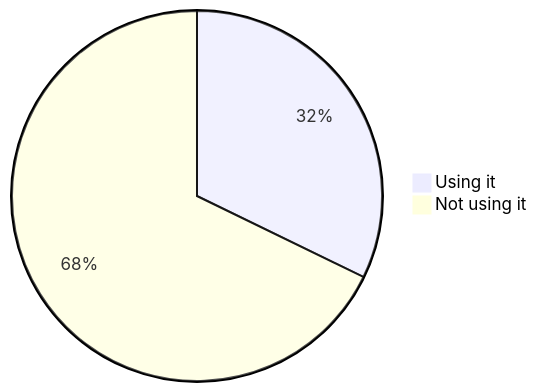
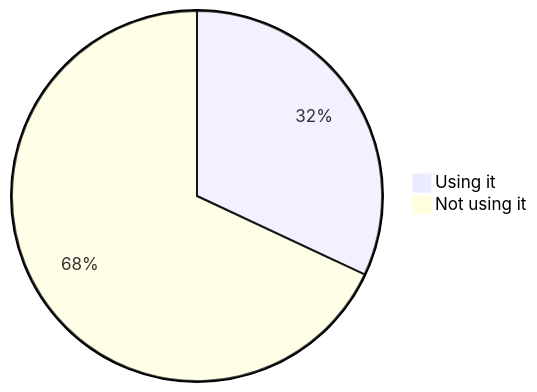
Before and after one commit to oshp/oshp-stats: diagram 15 of 22 in stats.md, drawn with Mermaid. The commit also changed other lines of this file, not shown here.

````diff
--- a/stats.md
+++ b/stats.md
@@ -178,6 +178,6 @@
 ```mermaid
 pie
-	"Using it" : 32.2
-	"Not using it" : 67.8
+	"Using it" : 31.97
+	"Not using it" : 68.03
 
 ```
````
